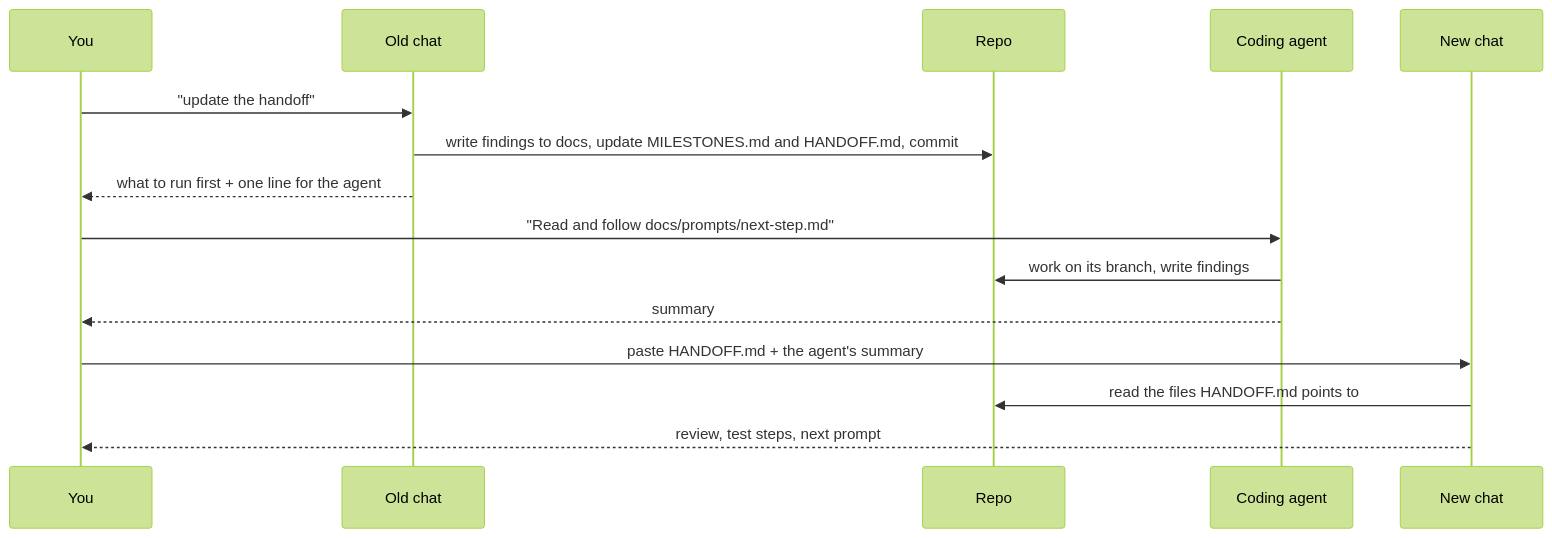
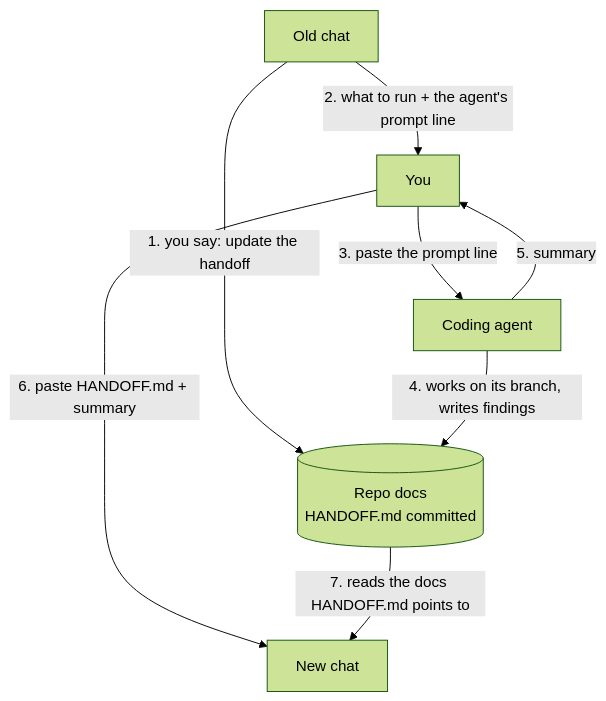
Before and after one commit to Trooper-code/Trooper-s-Coordinator-Skills: the second of 2 diagrams in README.md, drawn with Mermaid (forest theme).

Commit message:
README: replace the handoff sequence diagram with a top-down flowchart
The sequence diagram rendered too wide to read on GitHub. Same 7 steps, same style as the work loop.

Claude-Session: https://claude.ai/code/session_01D2PpjsM534Wnt64Qc3f7qF

````diff
--- a/README.md
+++ b/README.md
@@ -56,17 +56,10 @@
 ```mermaid
-sequenceDiagram
-    participant Y as You
-    participant C1 as Old chat
-    participant R as Repo
-    participant A as Coding agent
-    participant C2 as New chat
-    Y->>C1: "update the handoff"
-    C1->>R: write findings to docs, update MILESTONES.md and HANDOFF.md, commit
-    C1-->>Y: what to run first + one line for the agent
-    Y->>A: "Read and follow docs/prompts/next-step.md"
-    A->>R: work on its branch, write findings
-    A-->>Y: summary
-    Y->>C2: paste HANDOFF.md + the agent's summary
-    C2->>R: read the files HANDOFF.md points to
-    C2-->>Y: review, test steps, next prompt
+flowchart TD
+    O["Old chat"] -->|"1. you say: update the handoff"| R[("Repo docs<br/>HANDOFF.md committed")]
+    O -->|"2. what to run + the agent's prompt line"| Y["You"]
+    Y -->|"3. paste the prompt line"| A["Coding agent"]
+    A -->|"4. works on its branch, writes findings"| R
+    A -->|"5. summary"| Y
+    Y -->|"6. paste HANDOFF.md + summary"| N["New chat"]
+    R -->|"7. reads the docs HANDOFF.md points to"| N
 ```
````
